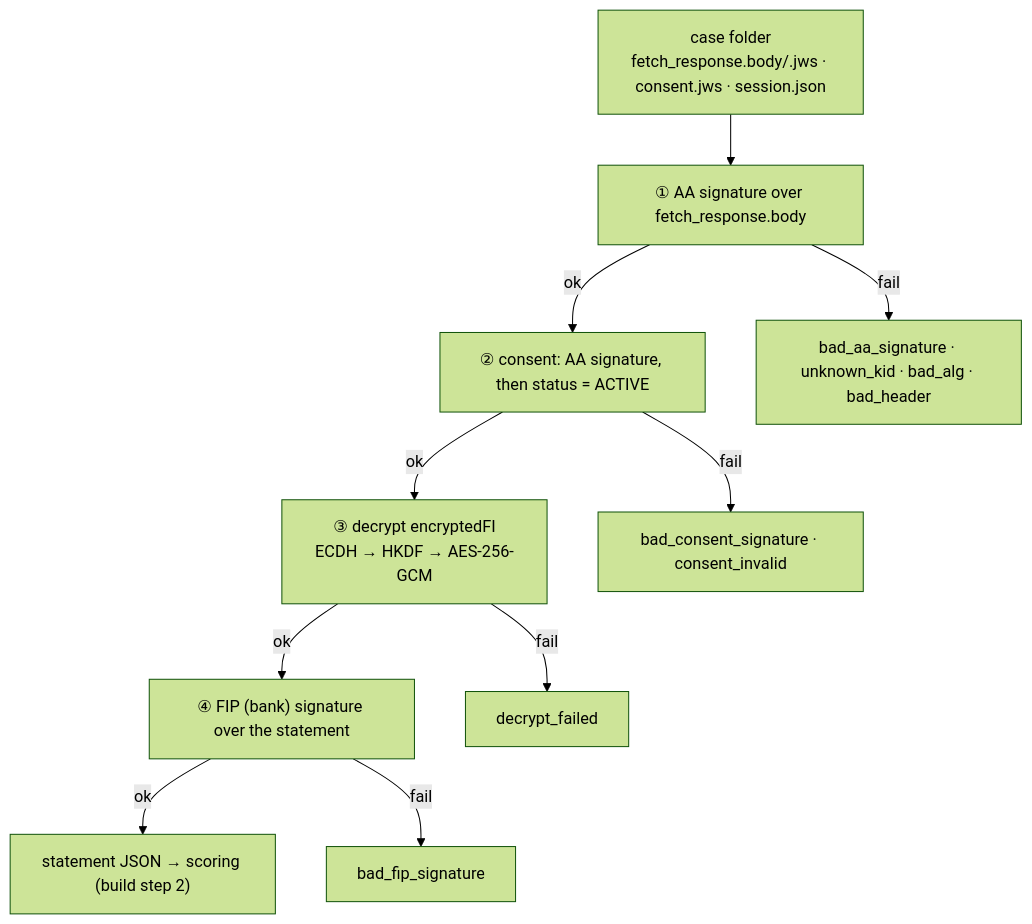
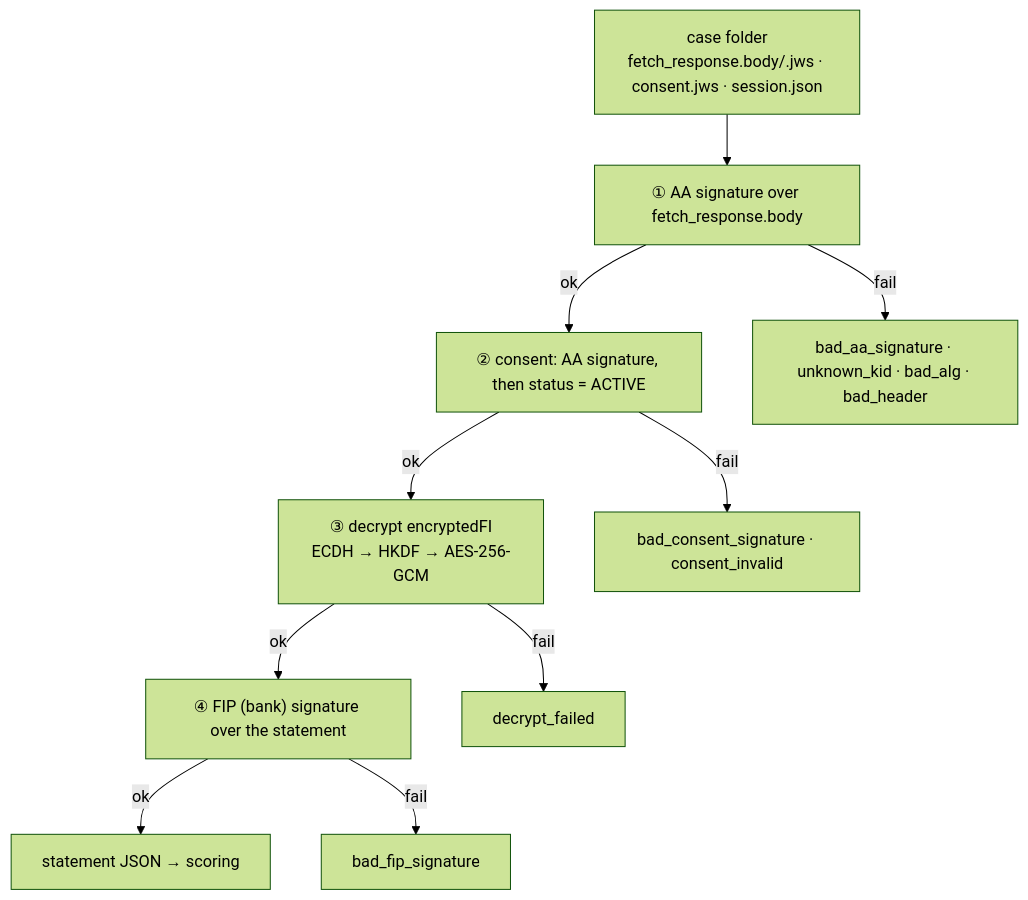
Before and after one commit to pandaa880/tee-income-oracle: the diagram in test-vectors/README.md, drawn with Mermaid (forest theme). The commit also changed other lines of this file and 4 other files, not shown here.

First line of the commit message:
docs: describe status by capability, not build step

````diff
--- a/test-vectors/README.md
+++ b/test-vectors/README.md
@@ -76,23 +76,23 @@
 ```mermaid
 flowchart TD
   IN["case folder<br/>fetch_response.body/.jws · consent.jws · session.json"]
   L1["① AA signature over fetch_response.body"]
   L2["② consent: AA signature, then status = ACTIVE"]
   L3["③ decrypt encryptedFI<br/>ECDH → HKDF → AES-256-GCM"]
   L4["④ FIP (bank) signature over the statement"]
-  OK["statement JSON → scoring (build step 2)"]
+  OK["statement JSON → scoring"]
   E1["bad_aa_signature · unknown_kid · bad_alg · bad_header"]
   E2["bad_consent_signature · consent_invalid"]
   E3["decrypt_failed"]
   E4["bad_fip_signature"]
 
   IN --> L1
   L1 -- ok --> L2
   L2 -- ok --> L3
   L3 -- ok --> L4
   L4 -- ok --> OK
   L1 -- fail --> E1
   L2 -- fail --> E2
   L3 -- fail --> E3
   L4 -- fail --> E4
 ```
````
